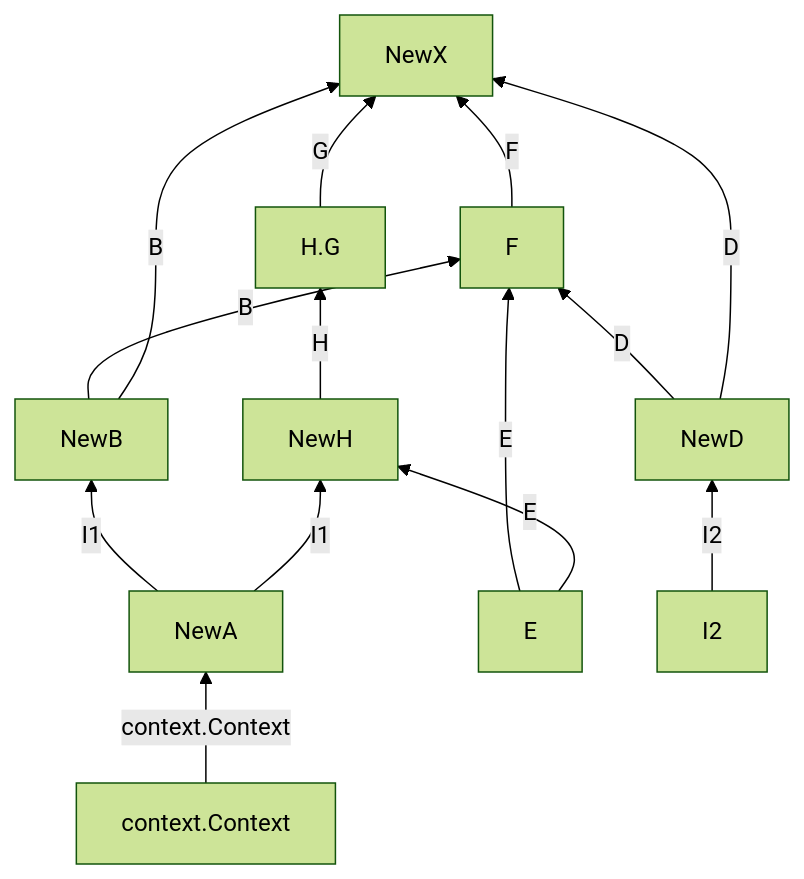
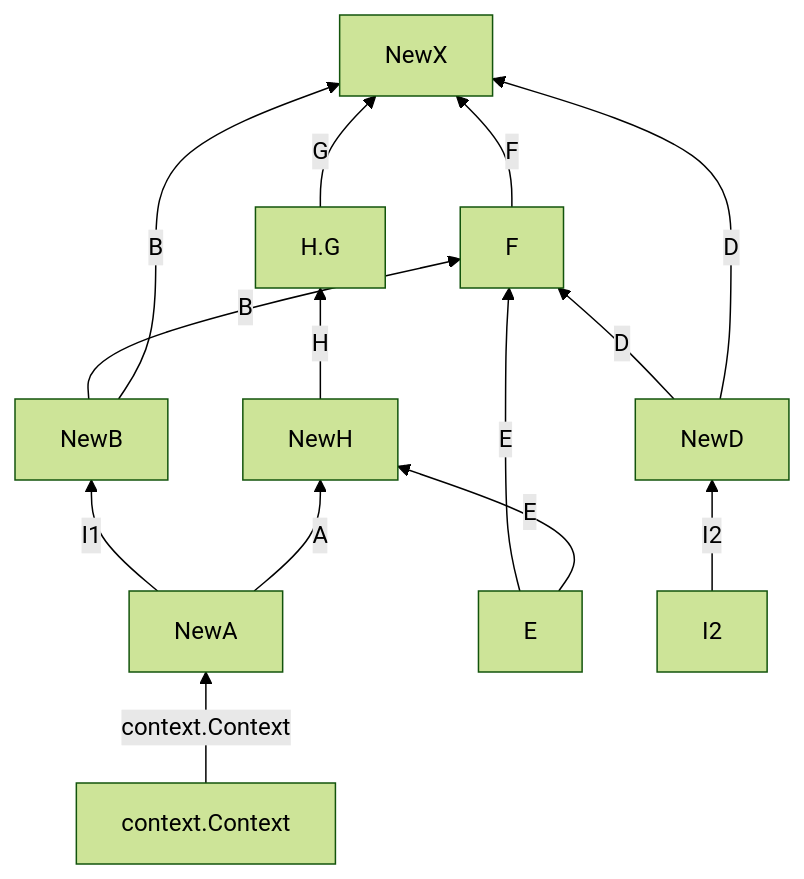
The diagram in _example/graph/README.md (qawatake/wire), drawn with Mermaid (forest theme) before and after one commit. The commit also changed other lines of this file and 2 other files, not shown here.

Commit message:
update example

````diff
--- a/_example/graph/README.md
+++ b/_example/graph/README.md
@@ -9,16 +9,16 @@
 ```mermaid
 flowchart BT;
 	 0["context.Context"] -- "context.Context" --> 1["NewA"];
 	 2["E"] -- "E" --> 3["F"];
 	 2["E"] -- "E" --> 4["NewH"];
 	 3["F"] -- "F" --> 5["NewX"];
 	 6["H.G"] -- "G" --> 5["NewX"];
 	 7["I2"] -- "I2" --> 8["NewD"];
 	 1["NewA"] -- "I1" --> 9["NewB"];
-	 1["NewA"] -- "I1" --> 4["NewH"];
+	 1["NewA"] -- "A" --> 4["NewH"];
 	 9["NewB"] -- "B" --> 3["F"];
 	 9["NewB"] -- "B" --> 5["NewX"];
 	 8["NewD"] -- "D" --> 3["F"];
 	 8["NewD"] -- "D" --> 5["NewX"];
 	 4["NewH"] -- "H" --> 6["H.G"];
 ```
````
